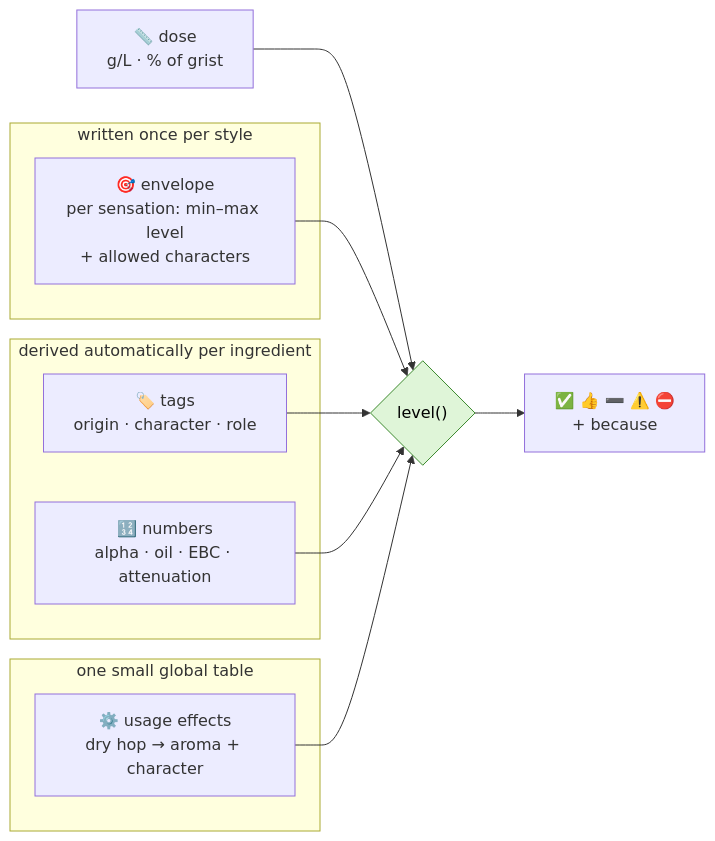
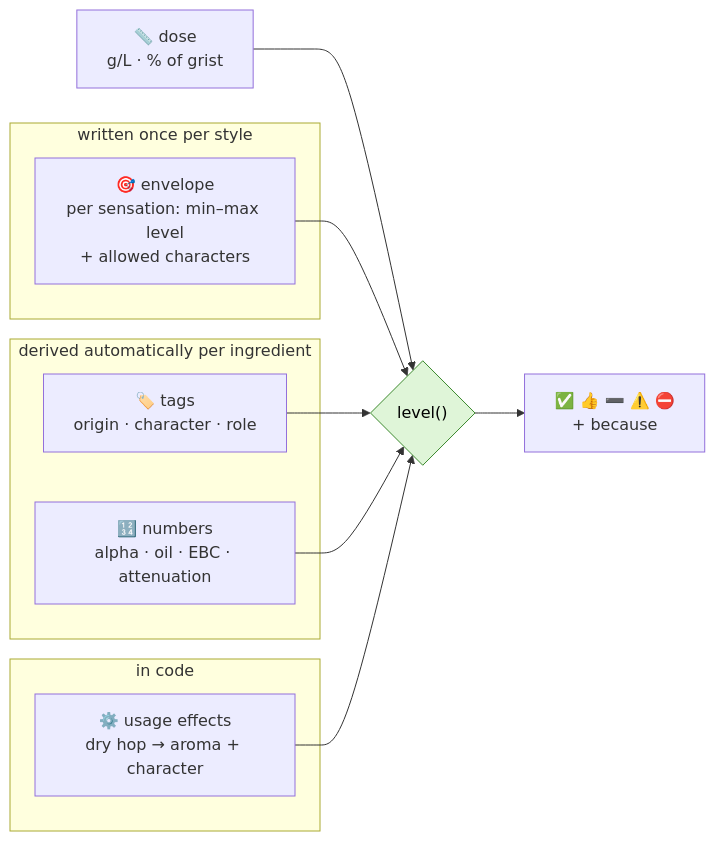
Before and after one commit to badacsonyigorenyember/homebrew_ai: the diagram in docs/STYLE-FIT.md, drawn with Mermaid. The commit also changed other lines of this file and 8 other files, not shown here.

````diff
--- a/docs/STYLE-FIT.md
+++ b/docs/STYLE-FIT.md
@@ -24,21 +24,21 @@
 ```mermaid
 flowchart LR
     subgraph ONCE["written once per style"]
       E["🎯 envelope<br/>per sensation: min–max level<br/>+ allowed characters"]
     end
     subgraph AUTO["derived automatically per ingredient"]
       T["🏷️ tags<br/>origin · character · role"]
       N["🔢 numbers<br/>alpha · oil · EBC · attenuation"]
     end
-    subgraph GLOBAL["one small global table"]
+    subgraph GLOBAL["in code"]
       U["⚙️ usage effects<br/>dry hop → aroma + character"]
     end
     D["📏 dose<br/>g/L · % of grist"] --> F
     E --> F{"level()"}:::code
     T --> F
     N --> F
     U --> F
     F --> L["✅ 👍 ➖ ⚠️ ⛔<br/>+ because"]
 
     classDef code fill:#dff5d8,stroke:#3c8a2e,color:#000
 ```
````
